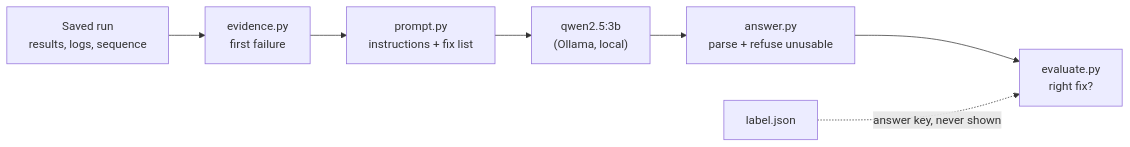
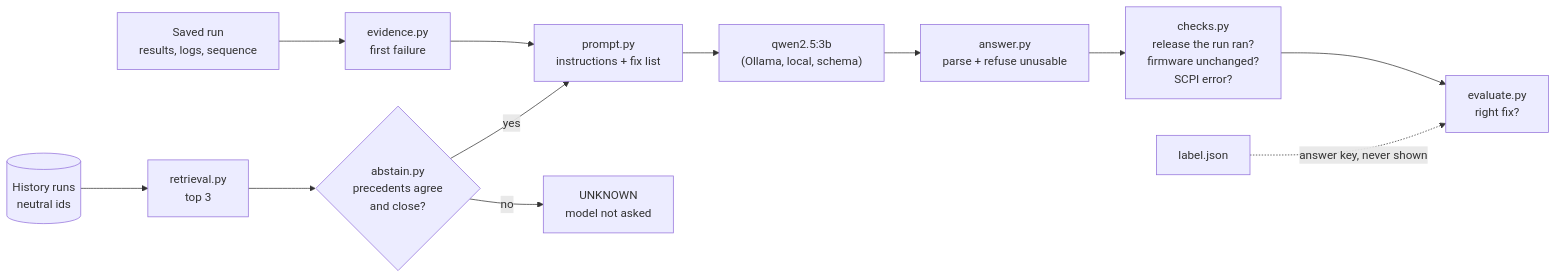
One commit to kaustubhagarwal18/virtual-rf-testbench changed the diagram in triage/results/baseline.md. Above: the diagram before and after it, drawn with Mermaid. The commit also changed other lines of this file and 295 other files, not shown here.

````diff
--- a/triage/results/baseline.md
+++ b/triage/results/baseline.md
@@ -5,9 +5,14 @@
 ```mermaid
 flowchart LR
     run["Saved run<br/>results, logs, sequence"] --> ev["evidence.py<br/>first failure"]
+    hist[("History runs<br/>neutral ids")] --> ret["retrieval.py<br/>top 3"]
     ev --> pr["prompt.py<br/>instructions + fix list"]
-    pr --> llm["qwen2.5:3b<br/>(Ollama, local)"]
+    ret --> gate{"abstain.py<br/>precedents agree<br/>and close?"}
+    gate -- yes --> pr
+    gate -- no --> unk["UNKNOWN<br/>model not asked"]
+    pr --> llm["qwen2.5:3b<br/>(Ollama, local, schema)"]
     llm --> an["answer.py<br/>parse + refuse unusable"]
-    an --> score["evaluate.py<br/>right fix?"]
+    an --> chk["checks.py<br/>release the run ran?<br/>firmware unchanged?<br/>SCPI error?"]
+    chk --> score["evaluate.py<br/>right fix?"]
     label["label.json"] -. answer key, never shown .-> score
 ```
````
